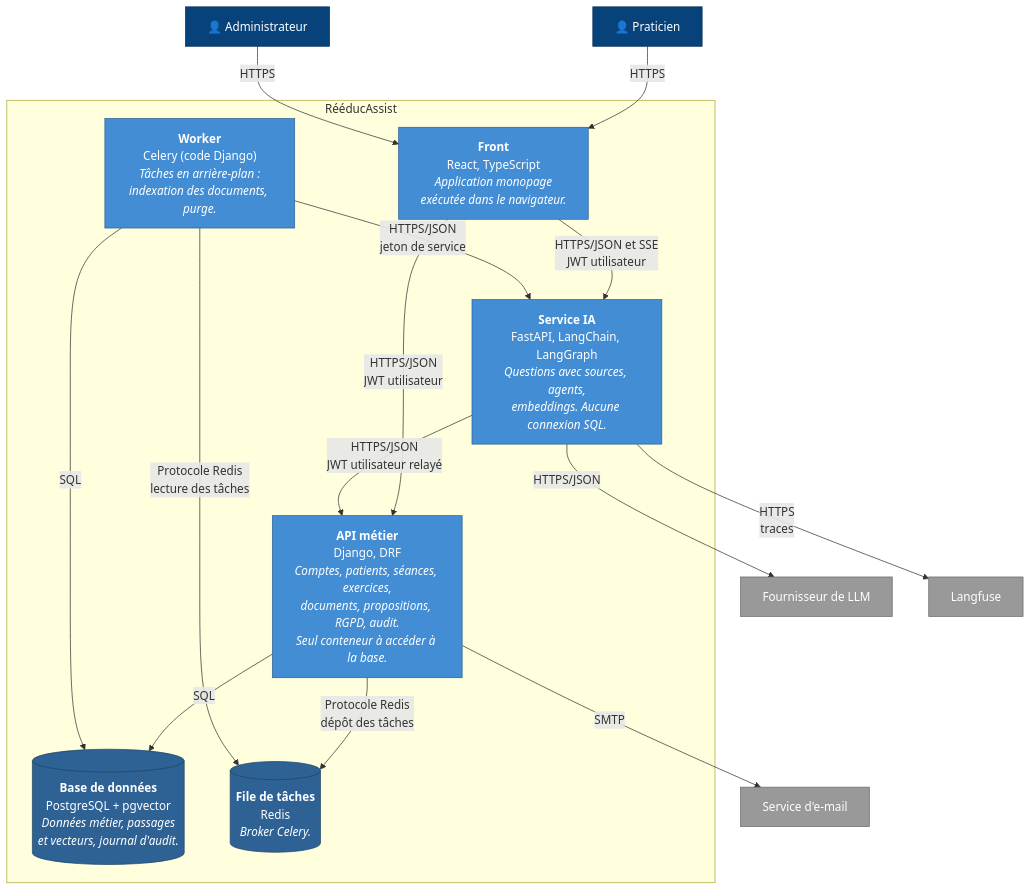
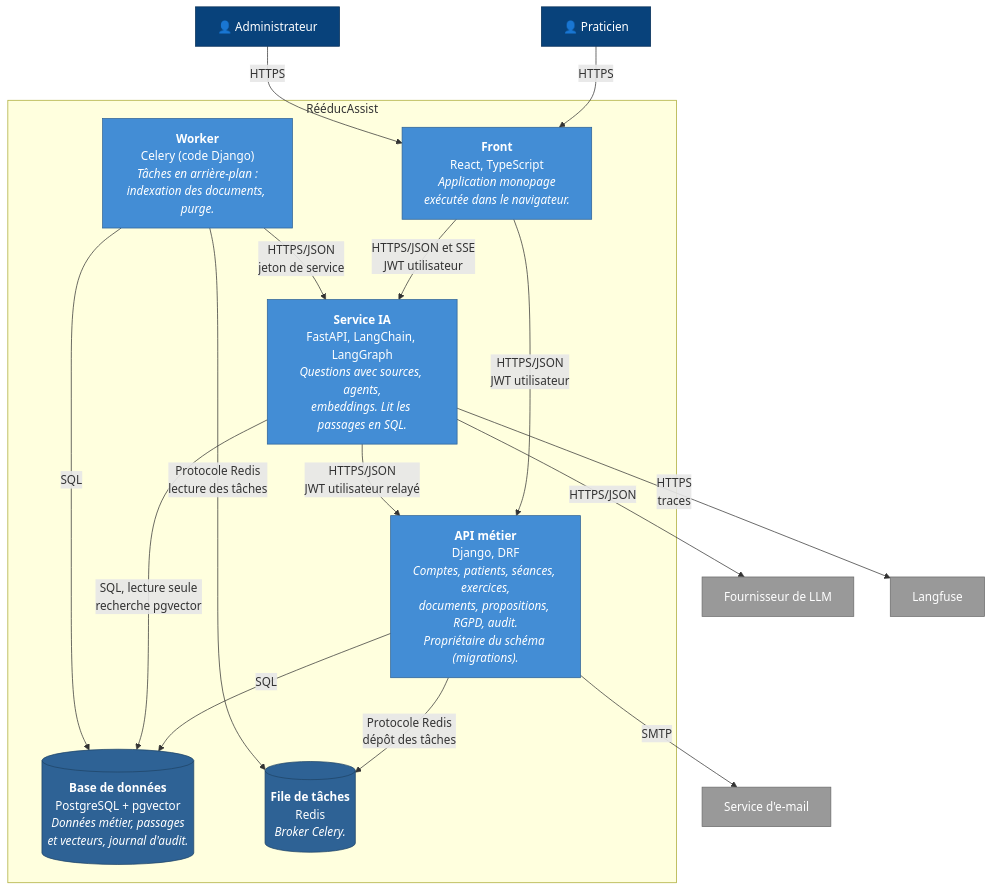
The second of 2 diagrams in docs/architecture/c4.md (AGNE-Moussa/reeducassist), drawn with Mermaid before and after one commit. The commit also changed other lines of this file, not shown here.

First line of the commit message:
docs: aligner le diagramme C4 sur l'accès aux données des tickets

````diff
--- a/docs/architecture/c4.md
+++ b/docs/architecture/c4.md
@@ -39,41 +39,42 @@
 ```mermaid
 flowchart TB
     praticien["👤 Praticien"]
     admin["👤 Administrateur"]
 
     subgraph ra["RééducAssist"]
         front["<b>Front</b><br/>React, TypeScript<br/><i>Application monopage<br/>exécutée dans le navigateur.</i>"]
-        django["<b>API métier</b><br/>Django, DRF<br/><i>Comptes, patients, séances, exercices,<br/>documents, propositions, RGPD, audit.<br/>Seul conteneur à accéder à la base.</i>"]
-        ia["<b>Service IA</b><br/>FastAPI, LangChain, LangGraph<br/><i>Questions avec sources, agents,<br/>embeddings. Aucune connexion SQL.</i>"]
+        django["<b>API métier</b><br/>Django, DRF<br/><i>Comptes, patients, séances, exercices,<br/>documents, propositions, RGPD, audit.<br/>Propriétaire du schéma (migrations).</i>"]
+        ia["<b>Service IA</b><br/>FastAPI, LangChain, LangGraph<br/><i>Questions avec sources, agents,<br/>embeddings. Lit les passages en SQL.</i>"]
         worker["<b>Worker</b><br/>Celery (code Django)<br/><i>Tâches en arrière-plan :<br/>indexation des documents, purge.</i>"]
         db[("<b>Base de données</b><br/>PostgreSQL + pgvector<br/><i>Données métier, passages<br/>et vecteurs, journal d'audit.</i>")]
         redis[("<b>File de tâches</b><br/>Redis<br/><i>Broker Celery.</i>")]
     end
 
     llm["Fournisseur de LLM"]
     langfuse["Langfuse"]
     mail["Service d'e-mail"]
 
     praticien -- "HTTPS" --> front
     admin -- "HTTPS" --> front
     front -- "HTTPS/JSON<br/>JWT utilisateur" --> django
     front -- "HTTPS/JSON et SSE<br/>JWT utilisateur" --> ia
     ia -- "HTTPS/JSON<br/>JWT utilisateur relayé" --> django
     django -- "SQL" --> db
+    ia -- "SQL, lecture seule<br/>recherche pgvector" --> db
     django -- "Protocole Redis<br/>dépôt des tâches" --> redis
     worker -- "Protocole Redis<br/>lecture des tâches" --> redis
     worker -- "SQL" --> db
     worker -- "HTTPS/JSON<br/>jeton de service" --> ia
     ia -- "HTTPS/JSON" --> llm
     ia -- "HTTPS<br/>traces" --> langfuse
     django -- "SMTP" --> mail
 
     classDef personne fill:#08427b,stroke:#052e56,color:#ffffff
     classDef conteneur fill:#438dd5,stroke:#2e6295,color:#ffffff
     classDef stockage fill:#2e6295,stroke:#1f4466,color:#ffffff
     classDef externe fill:#999999,stroke:#6b6b6b,color:#ffffff
     class praticien,admin personne
     class front,django,ia,worker conteneur
     class db,redis stockage
     class llm,langfuse,mail externe
 ```
````
